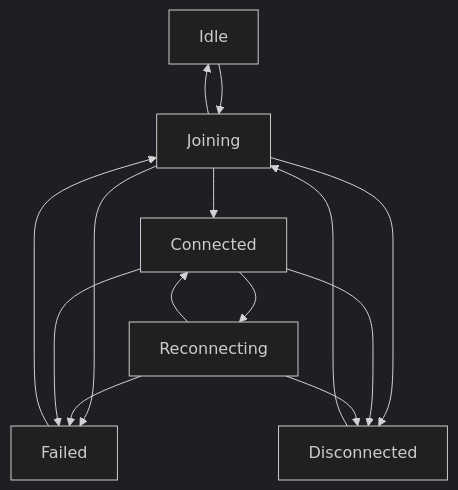
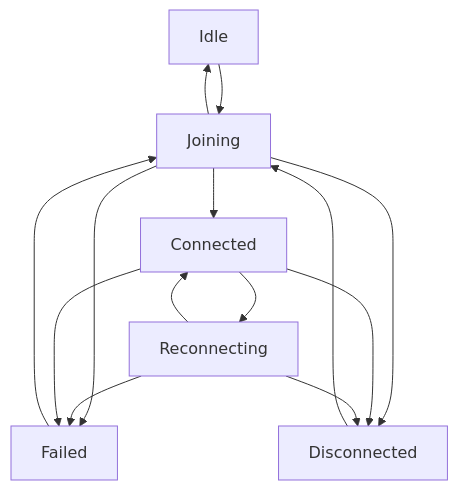
The third of 10 diagrams in README.md (maharudraabhishek/chime_meeting_demo), drawn with Mermaid before and after one commit. The commit also changed other lines of this file and 1 other file, not shown here.

````diff
--- a/README.md
+++ b/README.md
@@ -254,17 +252,16 @@
 ```mermaid
-%%{init: {"theme":"dark","darkMode":true}}%%
 graph TD;
     A[Idle] --> B[Joining];
     B --> C[Connected];
     B --> D[Disconnected];
     B --> E[Failed];
     B --> A;
     C --> F[Reconnecting];
     F --> C;
     F --> E;
     C --> E;
     C --> D;
     F --> D;
     D --> B;
     E --> B;
 ```
````
